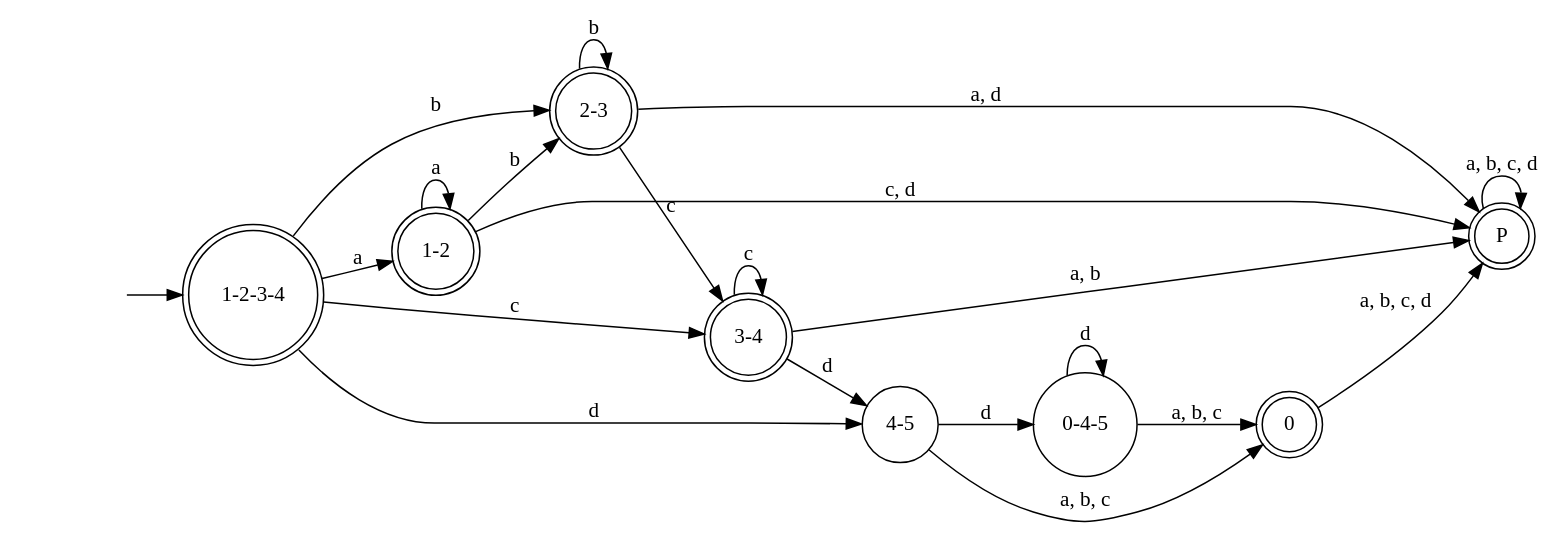
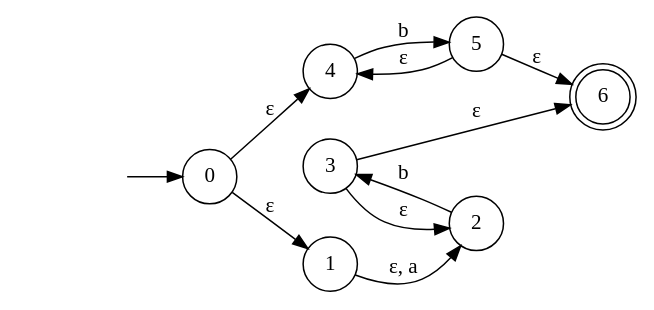
The diagram in dot/automata.dot (avivi55/FiniteAutomaton), drawn with Graphviz before and after one commit. The commit also changed 44 other files, not shown here.

```diff
--- a/dot/automata.dot
+++ b/dot/automata.dot
@@ -1,33 +1,18 @@
 digraph finite_state_machine { rankdir=LR
 	node [shape=doublecircle]
-	"1-2-3-4"
-	"2-3"
-	"1-2"
-	"0"
-	"3-4"
-	"P"
+	"6"
 
 	node [shape=circle]
 	fake0 [style=invisible]
-	fake0 -> "1-2-3-4"
+	fake0 -> "0"
 
-	"1-2-3-4" -> "1-2" [label="a"] 
-	"1-2-3-4" -> "2-3" [label="b"] 
-	"1-2-3-4" -> "3-4" [label="c"] 
-	"1-2-3-4" -> "4-5" [label="d"] 
-	"2-3" -> "P" [label="a, d"] 
-	"2-3" -> "2-3" [label="b"] 
-	"2-3" -> "3-4" [label="c"] 
-	"1-2" -> "1-2" [label="a"] 
-	"1-2" -> "2-3" [label="b"] 
-	"1-2" -> "P" [label="c, d"] 
-	"4-5" -> "0" [label="a, b, c"] 
-	"4-5" -> "0-4-5" [label="d"] 
-	"0-4-5" -> "0" [label="a, b, c"] 
-	"0-4-5" -> "0-4-5" [label="d"] 
-	"0" -> "P" [label="a, b, c, d"] 
-	"3-4" -> "P" [label="a, b"] 
-	"3-4" -> "3-4" [label="c"] 
-	"3-4" -> "4-5" [label="d"] 
-	"P" -> "P" [label="a, b, c, d"] 
+	"0" -> "1" [label="ε"] 
+	"0" -> "4" [label="ε"] 
+	"1" -> "2" [label="ε, a"] 
+	"3" -> "2" [label="ε"] 
+	"3" -> "6" [label="ε"] 
+	"5" -> "4" [label="ε"] 
+	"5" -> "6" [label="ε"] 
+	"2" -> "3" [label="b"] 
+	"4" -> "5" [label="b"] 
 }
```
